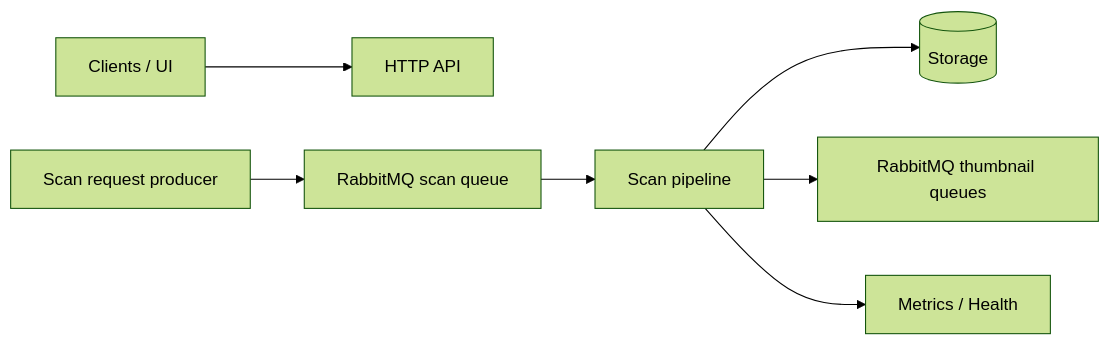
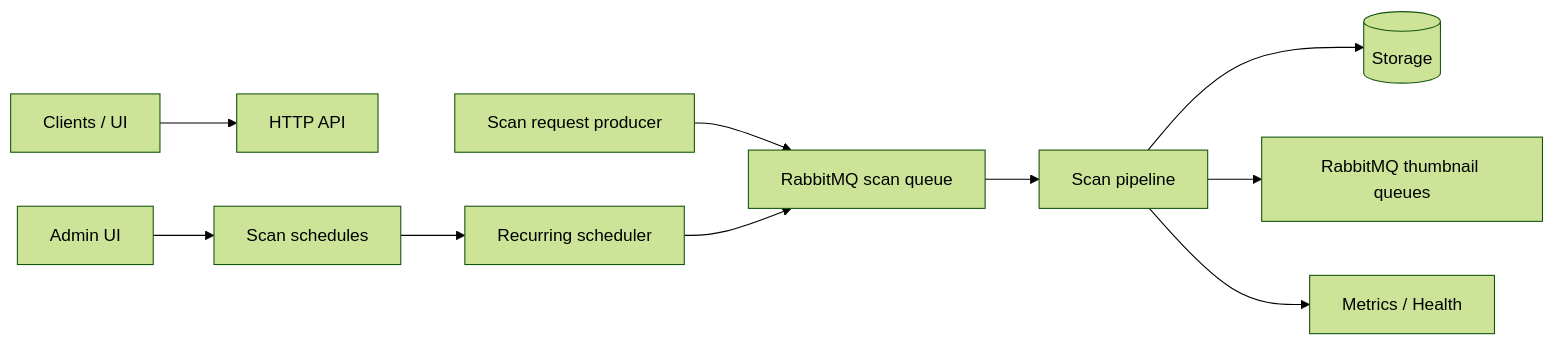
The diagram in docs/architecture.md (giobyte8/galleries), drawn with Mermaid (forest theme) before and after one commit. The commit also changed other lines of this file and 7 other files, not shown here.

Commit message:
Update documentation to reflect media file support and recurring scan schedules

````diff
--- a/docs/architecture.md
+++ b/docs/architecture.md
@@ -16,9 +17,12 @@
 ```mermaid
 flowchart LR
     Client[Clients / UI] --> API[HTTP API]
+    Admin[Admin UI] --> Schedules[Scan schedules]
+    Schedules --> Scheduler[Recurring scheduler]
     Publisher[Scan request producer] --> MQIn[RabbitMQ scan queue]
+    Scheduler --> MQIn
     MQIn --> Scanner[Scan pipeline]
     Scanner --> Storage[(Storage)]
     Scanner --> MQOut[RabbitMQ thumbnail queues]
     Scanner --> Metrics[Metrics / Health]
 ```
````
